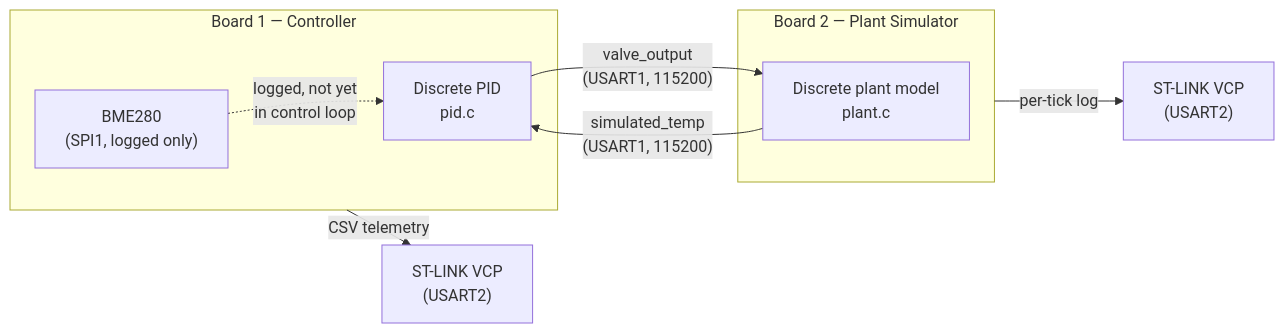
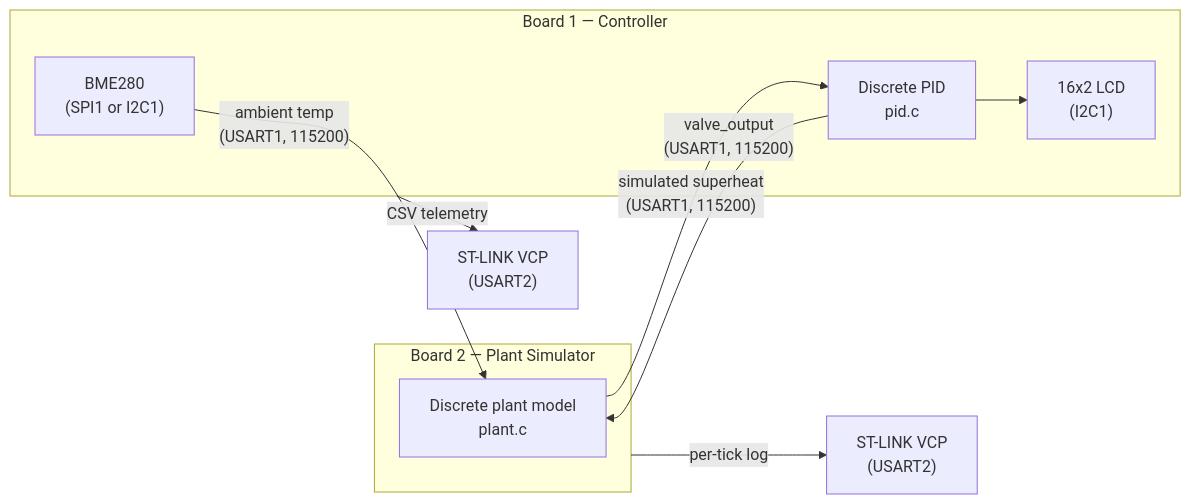
Before and after one commit to DanishMalik333/superheat-control: the first of 2 diagrams in README.md, drawn with Mermaid. The commit also changed other lines of this file and 19 other files, not shown here.

````diff
--- a/README.md
+++ b/README.md
@@ -31,18 +33,20 @@
 ```mermaid
 flowchart LR
     subgraph Board1["Board 1 — Controller"]
-        BME280["BME280\n(SPI1, logged only)"]
+        BME280["BME280\n(SPI1 or I2C1)"]
         PID["Discrete PID\npid.c"]
+        LCD["16x2 LCD\n(I2C1)"]
     end
 
     subgraph Board2["Board 2 — Plant Simulator"]
         Plant["Discrete plant model\nplant.c"]
     end
 
-    BME280 -.->|"logged, not yet\nin control loop"| PID
     PID -->|"valve_output\n(USART1, 115200)"| Plant
-    Plant -->|"simulated_temp\n(USART1, 115200)"| PID
+    BME280 -->|"ambient temp\n(USART1, 115200)"| Plant
+    Plant -->|"simulated superheat\n(USART1, 115200)"| PID
+    PID --> LCD
 
     Board1 -->|"CSV telemetry"| VCP1["ST-LINK VCP\n(USART2)"]
     Board2 -->|"per-tick log"| VCP2["ST-LINK VCP\n(USART2)"]
 ```
````
